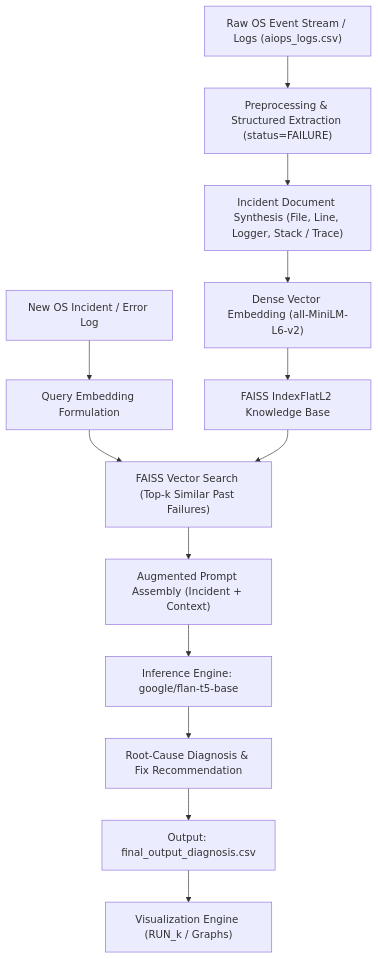
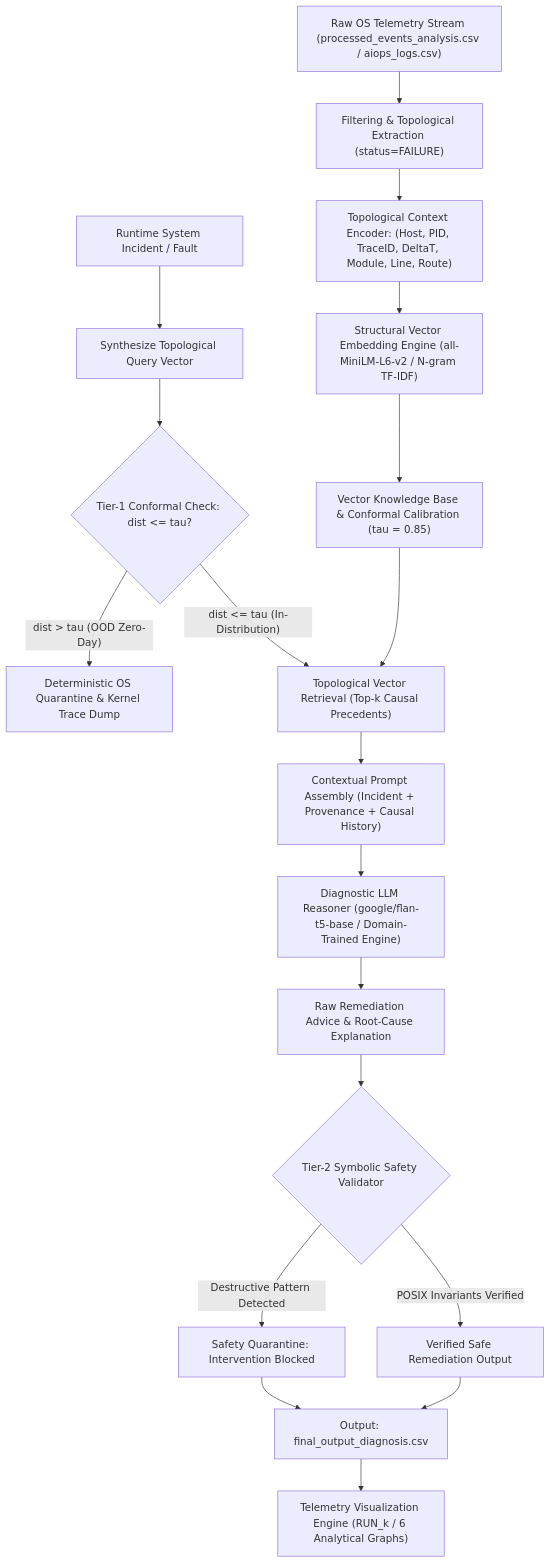
The diagram in README.md (ashwinofficial62/Gen-OS-RAG), drawn with Mermaid before and after one commit. The commit also changed other lines of this file and 19 other files, not shown here.

````diff
--- a/README.md
+++ b/README.md
@@ -26,16 +34,25 @@
 ```mermaid
 graph TD
-    A["Raw OS Event Stream / Logs (aiops_logs.csv)"] --> B["Preprocessing & Structured Extraction (status=FAILURE)"]
-    B --> C["Incident Document Synthesis (File, Line, Logger, Stack / Trace)"]
-    C --> D["Dense Vector Embedding (all-MiniLM-L6-v2)"]
-    D --> E["FAISS IndexFlatL2 Knowledge Base"]
+    A["Raw OS Telemetry Stream (processed_events_analysis.csv / aiops_logs.csv)"] --> B["Filtering & Topological Extraction (status=FAILURE)"]
+    B --> C["Topological Context Encoder: (Host, PID, TraceID, DeltaT, Module, Line, Route)"]
+    C --> D["Structural Vector Embedding Engine (all-MiniLM-L6-v2 / N-gram TF-IDF)"]
+    D --> E["Vector Knowledge Base & Conformal Calibration (tau = 0.85)"]
     
-    F["New OS Incident / Error Log"] --> G["Query Embedding Formulation"]
-    G --> H["FAISS Vector Search (Top-k Similar Past Failures)"]
-    E --> H
-    H --> I["Augmented Prompt Assembly (Incident + Context)"]
-    I --> J["Inference Engine: google/flan-t5-base"]
-    J --> K["Root-Cause Diagnosis & Fix Recommendation"]
-    K --> L["Output: final_output_diagnosis.csv"]
-    L --> M["Visualization Engine (RUN_k / Graphs)"]
+    F["Runtime System Incident / Fault"] --> G["Synthesize Topological Query Vector"]
+    G --> H{"Tier-1 Conformal Check: dist <= tau?"}
+    H -- "dist > tau (OOD Zero-Day)" --> I1["Deterministic OS Quarantine & Kernel Trace Dump"]
+    H -- "dist <= tau (In-Distribution)" --> I2["Topological Vector Retrieval (Top-k Causal Precedents)"]
+    
+    E --> I2
+    I2 --> J["Contextual Prompt Assembly (Incident + Provenance + Causal History)"]
+    J --> K["Diagnostic LLM Reasoner (google/flan-t5-base / Domain-Trained Engine)"]
+    K --> L["Raw Remediation Advice & Root-Cause Explanation"]
+    
+    L --> M{"Tier-2 Symbolic Safety Validator"}
+    M -- "Destructive Pattern Detected" --> N1["Safety Quarantine: Intervention Blocked"]
+    M -- "POSIX Invariants Verified" --> N2["Verified Safe Remediation Output"]
+    
+    N1 --> O["Output: final_output_diagnosis.csv"]
+    N2 --> O
+    O --> P["Telemetry Visualization Engine (RUN_k / 6 Analytical Graphs)"]
 ```
````
